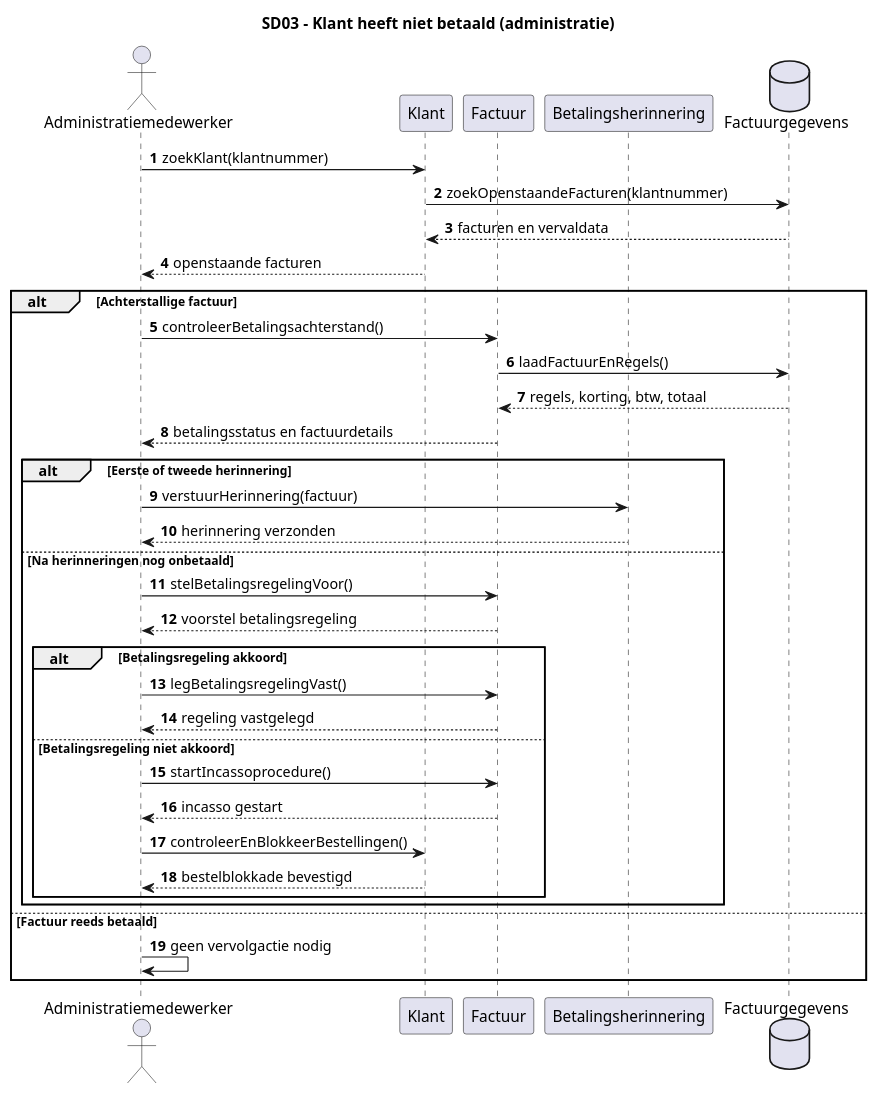
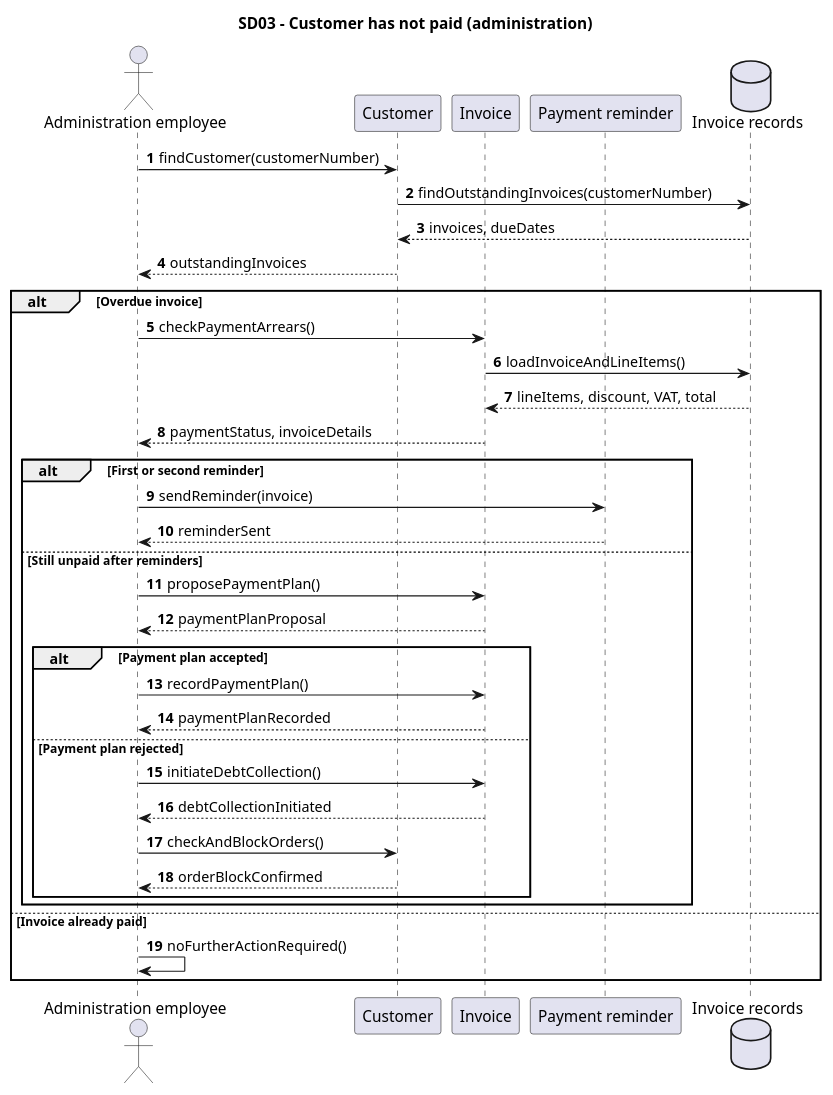
The diagram in Documentation/Architecture/uml/src/sequence_diagrams/SD03_KlantHeeftNietBetaald.puml (ViktorQorri/Project-Timaflu), drawn with PlantUML before and after one commit. The commit also changed 9 other files, not shown here.

Commit message:
Use English throughout sequence diagrams

```diff
--- a/Documentation/Architecture/uml/src/sequence_diagrams/SD03_KlantHeeftNietBetaald.puml
+++ b/Documentation/Architecture/uml/src/sequence_diagrams/SD03_KlantHeeftNietBetaald.puml
@@ -1,38 +1,39 @@
 @startuml
-title SD03 - Klant heeft niet betaald (administratie)
+title SD03 - Customer has not paid (administration)
 autonumber
-actor "Administratiemedewerker" as A
-participant "Klant" as K
-participant "Factuur" as F
-participant "Betalingsherinnering" as H
-database "Factuurgegevens" as DB
 
-A -> K: zoekKlant(klantnummer)
-K -> DB: zoekOpenstaandeFacturen(klantnummer)
-DB --> K: facturen en vervaldata
-K --> A: openstaande facturen
-alt Achterstallige factuur
-  A -> F: controleerBetalingsachterstand()
-  F -> DB: laadFactuurEnRegels()
-  DB --> F: regels, korting, btw, totaal
-  F --> A: betalingsstatus en factuurdetails
-  alt Eerste of tweede herinnering
-    A -> H: verstuurHerinnering(factuur)
-    H --> A: herinnering verzonden
-  else Na herinneringen nog onbetaald
-    A -> F: stelBetalingsregelingVoor()
-    F --> A: voorstel betalingsregeling
-    alt Betalingsregeling akkoord
-      A -> F: legBetalingsregelingVast()
-      F --> A: regeling vastgelegd
-    else Betalingsregeling niet akkoord
-      A -> F: startIncassoprocedure()
-      F --> A: incasso gestart
-      A -> K: controleerEnBlokkeerBestellingen()
-      K --> A: bestelblokkade bevestigd
+actor "Administration employee" as A
+participant "Customer" as K
+participant "Invoice" as F
+participant "Payment reminder" as H
+database "Invoice records" as DB
+
+A -> K: findCustomer(customerNumber)
+K -> DB: findOutstandingInvoices(customerNumber)
+DB --> K: invoices, dueDates
+K --> A: outstandingInvoices
+alt Overdue invoice
+  A -> F: checkPaymentArrears()
+  F -> DB: loadInvoiceAndLineItems()
+  DB --> F: lineItems, discount, VAT, total
+  F --> A: paymentStatus, invoiceDetails
+  alt First or second reminder
+    A -> H: sendReminder(invoice)
+    H --> A: reminderSent
+  else Still unpaid after reminders
+    A -> F: proposePaymentPlan()
+    F --> A: paymentPlanProposal
+    alt Payment plan accepted
+      A -> F: recordPaymentPlan()
+      F --> A: paymentPlanRecorded
+    else Payment plan rejected
+      A -> F: initiateDebtCollection()
+      F --> A: debtCollectionInitiated
+      A -> K: checkAndBlockOrders()
+      K --> A: orderBlockConfirmed
     end
   end
-else Factuur reeds betaald
-  A -> A: geen vervolgactie nodig
+else Invoice already paid
+  A -> A: noFurtherActionRequired()
 end
 @enduml
```
